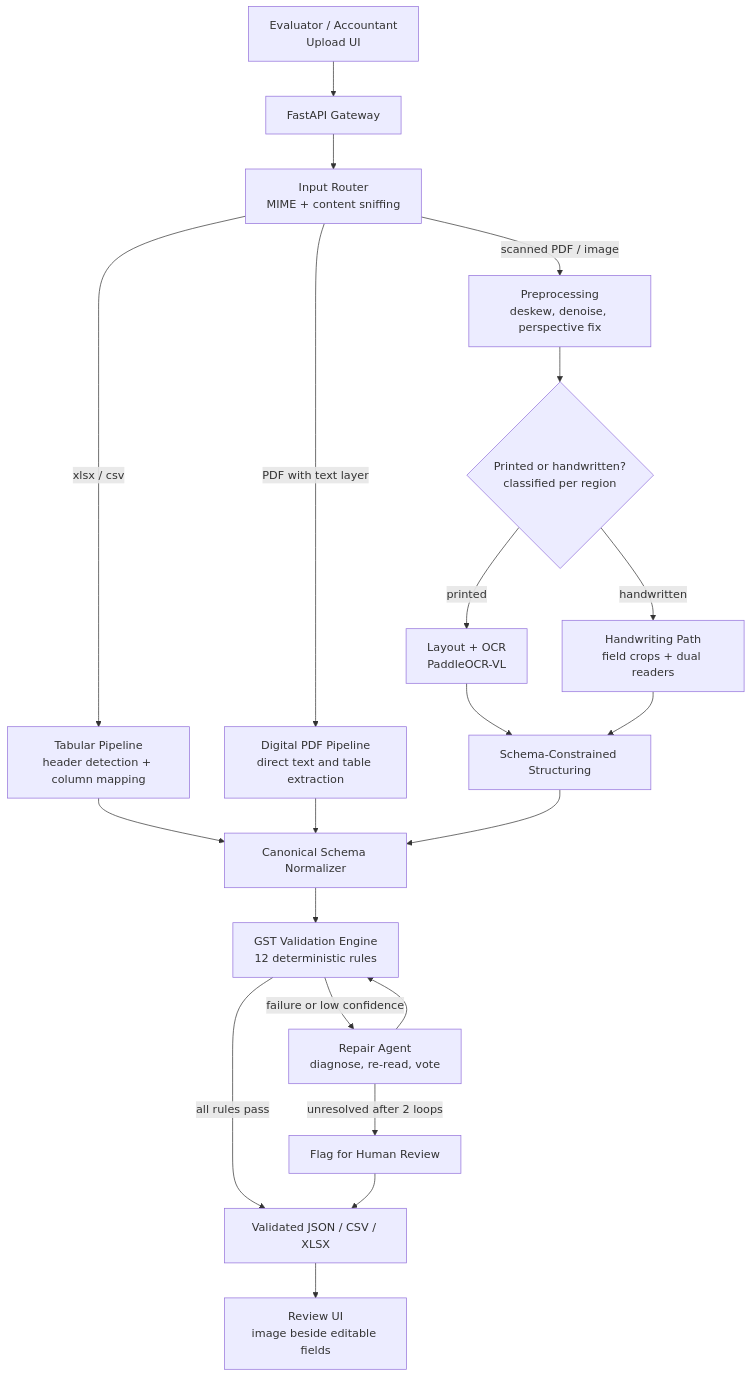
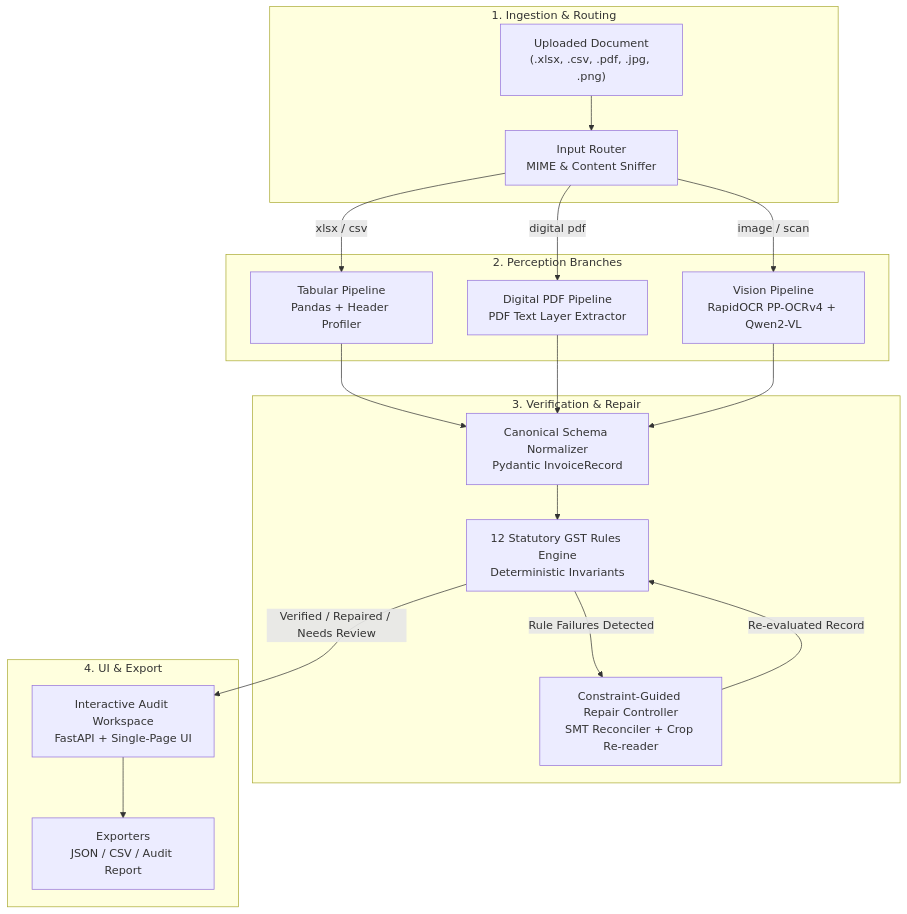
Before and after one commit to 11deybishal-commits/hacktober_2026: the diagram in README.md, drawn with Mermaid. The commit also changed other lines of this file and 11 other files, not shown here.

````diff
--- a/README.md
+++ b/README.md
@@ -133,27 +48,39 @@
 ```mermaid
-flowchart TD
-    U["Evaluator / Accountant<br/>Upload UI"] --> API["FastAPI Gateway"]
-    API --> R["Input Router<br/>MIME + content sniffing"]
+flowchart TB
+    subgraph INGEST["1. Ingestion & Routing"]
+        FILE["Uploaded Document<br/>(.xlsx, .csv, .pdf, .jpg, .png)"]
+        ROUTER["Input Router<br/>MIME & Content Sniffer"]
+        FILE --> ROUTER
+    end
 
-    R -->|"xlsx / csv"| T["Tabular Pipeline<br/>header detection + column mapping"]
-    R -->|"PDF with text layer"| D["Digital PDF Pipeline<br/>direct text and table extraction"]
-    R -->|"scanned PDF / image"| P["Preprocessing<br/>deskew, denoise, perspective fix"]
+    subgraph PIPELINE["2. Perception Branches"]
+        TAB["Tabular Pipeline<br/>Pandas + Header Profiler"]
+        PDF["Digital PDF Pipeline<br/>PDF Text Layer Extractor"]
+        OCR["Vision Pipeline<br/>RapidOCR PP-OCRv4 + Qwen2-VL"]
+        
+        ROUTER -->|"xlsx / csv"| TAB
+        ROUTER -->|"digital pdf"| PDF
+        ROUTER -->|"image / scan"| OCR
+    end
 
-    P --> C{"Printed or handwritten?<br/>classified per region"}
-    C -->|"printed"| O["Layout + OCR<br/>PaddleOCR-VL"]
-    C -->|"handwritten"| H["Handwriting Path<br/>field crops + dual readers"]
+    subgraph ENGINE["3. Verification & Repair"]
+        NORM["Canonical Schema Normalizer<br/>Pydantic InvoiceRecord"]
+        RULES["12 Statutory GST Rules Engine<br/>Deterministic Invariants"]
+        REPAIR["Constraint-Guided Repair Controller<br/>SMT Reconciler + Crop Re-reader"]
+        
+        TAB --> NORM
+        PDF --> NORM
+        OCR --> NORM
+        NORM --> RULES
+        RULES -->|"Rule Failures Detected"| REPAIR
+        REPAIR -->|"Re-evaluated Record"| RULES
+    end
 
-    T --> N["Canonical Schema Normalizer"]
-    D --> N
-    O --> S["Schema-Constrained Structuring"]
-    H --> S
-    S --> N
-
-    N --> V["GST Validation Engine<br/>12 deterministic rules"]
-    V -->|"all rules pass"| X["Validated JSON / CSV / XLSX"]
-    V -->|"failure or low confidence"| A["Repair Agent<br/>diagnose, re-read, vote"]
-    A --> V
-    A -->|"unresolved after 2 loops"| F["Flag for Human Review"]
-    F --> X
-    X --> UI["Review UI<br/>image beside editable fields"]
+    subgraph OUTPUT["4. UI & Export"]
+        UI["Interactive Audit Workspace<br/>FastAPI + Single-Page UI"]
+        EXPORTS["Exporters<br/>JSON / CSV / Audit Report"]
+        
+        RULES -->|"Verified / Repaired / Needs Review"| UI
+        UI --> EXPORTS
+    end
 ```
````
